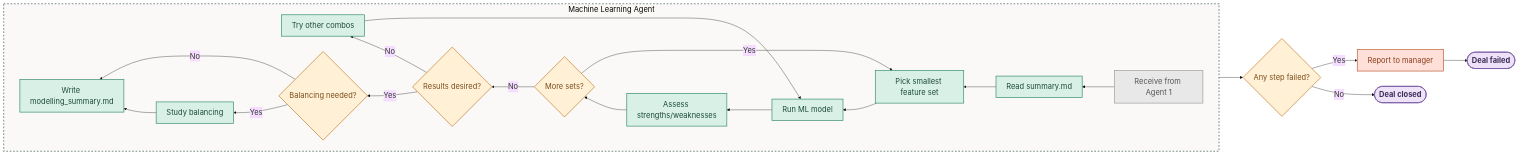
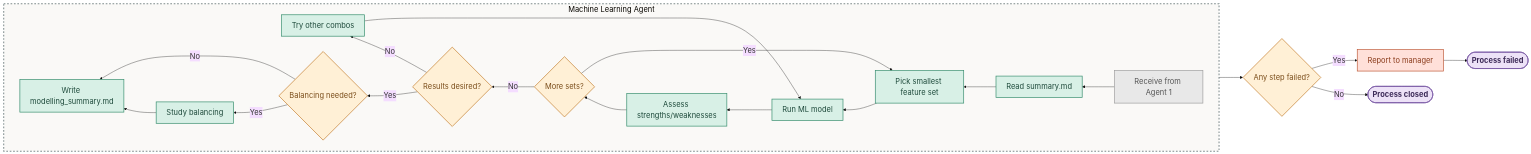
One commit to TvlanS/Machine-Learning-Agent changed the second of 2 diagrams in README.md. Above: the diagram before and after it, drawn with Mermaid. The commit also changed other lines of this file, not shown here.

````diff
--- a/README.md
+++ b/README.md
@@ -62,40 +62,40 @@
 ```mermaid
 %%{init: {'theme':'base', 'themeVariables': {'fontSize': '22px'}, 'flowchart': {'nodeSpacing': 45, 'rankSpacing': 70, 'curve': 'basis'}}}%%
 flowchart LR
     subgraph AGENT2 [Machine Learning Agent]
         direction RL
         INPUT[Receive from Agent 1] --> READ_SUMMARY[Read summary.md]
         READ_SUMMARY --> SMALL_SET[Pick smallest feature set]
         SMALL_SET --> RUN_MODEL[Run ML model]
         RUN_MODEL --> EVAL[Assess strengths/weaknesses]
         EVAL --> NEXT_SET{More sets?}
         NEXT_SET -->|Yes| SMALL_SET
         NEXT_SET -->|No| RESULTS_OK{Results desired?}
         RESULTS_OK -->|No| TRY_OTHER[Try other combos]
         TRY_OTHER --> RUN_MODEL
         RESULTS_OK -->|Yes| CHECK_BALANCE{Balancing needed?}
         CHECK_BALANCE -->|Yes| STUDY_BALANCE[Study balancing]
         STUDY_BALANCE --> WRITE_FINAL[Write modelling_summary.md]
         CHECK_BALANCE -->|No| WRITE_FINAL
     end
 
     WRITE_FINAL --> CHECK_FAIL2{Any step failed?}
     CHECK_FAIL2 -->|Yes| REPORT_MGR2[Report to manager]
-    REPORT_MGR2 --> END_FAIL([Deal failed])
-    CHECK_FAIL2 -->|No| END_SUCCESS([Deal closed])
+    REPORT_MGR2 --> END_FAIL([Process failed])
+    CHECK_FAIL2 -->|No| END_SUCCESS([Process closed])
 
     classDef mlTask fill:#d8f0e6,stroke:#388e6f,stroke-width:2px,color:#1e4a3b
     classDef decision fill:#fff0d6,stroke:#c47f2e,stroke-width:2px,color:#7a4d1a
     classDef failure fill:#ffe0d9,stroke:#bf5b3a,stroke-width:2px,color:#8b3c1c
     classDef terminal fill:#ede2f7,stroke:#7b5aa6,stroke-width:2px,color:#3e2c59,font-weight:bold
     classDef handoff fill:#e8e8e8,stroke:#9e9e9e,stroke-width:2px,color:#555555
 
     class READ_SUMMARY,RUN_MODEL,EVAL,TRY_OTHER,STUDY_BALANCE,WRITE_FINAL mlTask
     class NEXT_SET,RESULTS_OK,CHECK_BALANCE,CHECK_FAIL2 decision
     class REPORT_MGR2 failure
     class END_FAIL,END_SUCCESS terminal
     class SMALL_SET mlTask
     class INPUT handoff
 
     style AGENT2 stroke-dasharray: 5 5, stroke:#7f8c8d, stroke-width:3px, fill:#faf9f7
 ```
````
